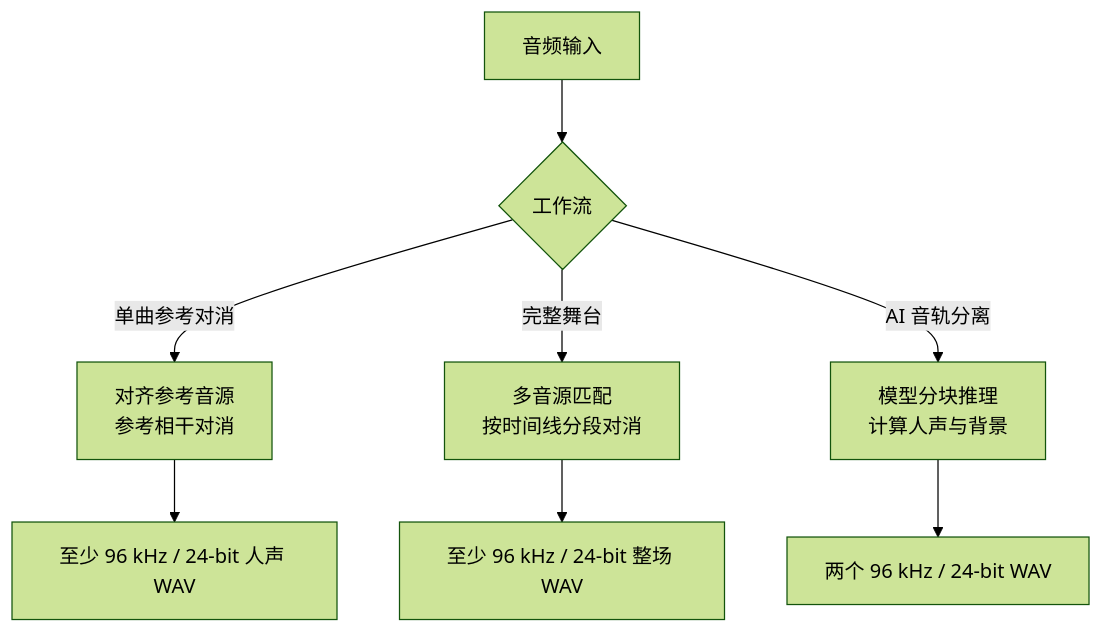
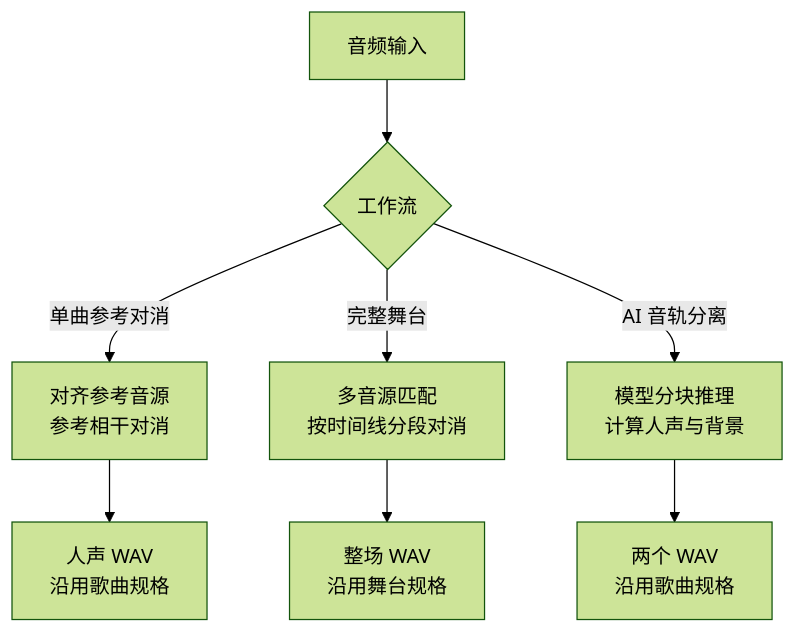
Before and after one commit to ChouChiu/Purivox: the third of 4 diagrams in docs/architecture.md, drawn with Mermaid (forest theme). The commit also changed other lines of this file and 30 other files, not shown here.

````diff
--- a/docs/architecture.md
+++ b/docs/architecture.md
@@ -103,10 +103,10 @@
 ```mermaid
 flowchart TB
     input["音频输入"] --> choice{"工作流"}
     choice -->|单曲参考对消| mr["对齐参考音源<br/>参考相干对消"]
     choice -->|完整舞台| stage["多音源匹配<br/>按时间线分段对消"]
     choice -->|AI 音轨分离| ai["模型分块推理<br/>计算人声与背景"]
-    mr --> mrout["至少 96 kHz / 24-bit 人声 WAV"]
-    stage --> stageout["至少 96 kHz / 24-bit 整场 WAV"]
-    ai --> aiout["两个 96 kHz / 24-bit WAV"]
+    mr --> mrout["人声 WAV<br/>沿用歌曲规格"]
+    stage --> stageout["整场 WAV<br/>沿用舞台规格"]
+    ai --> aiout["两个 WAV<br/>沿用歌曲规格"]
 ```
````
